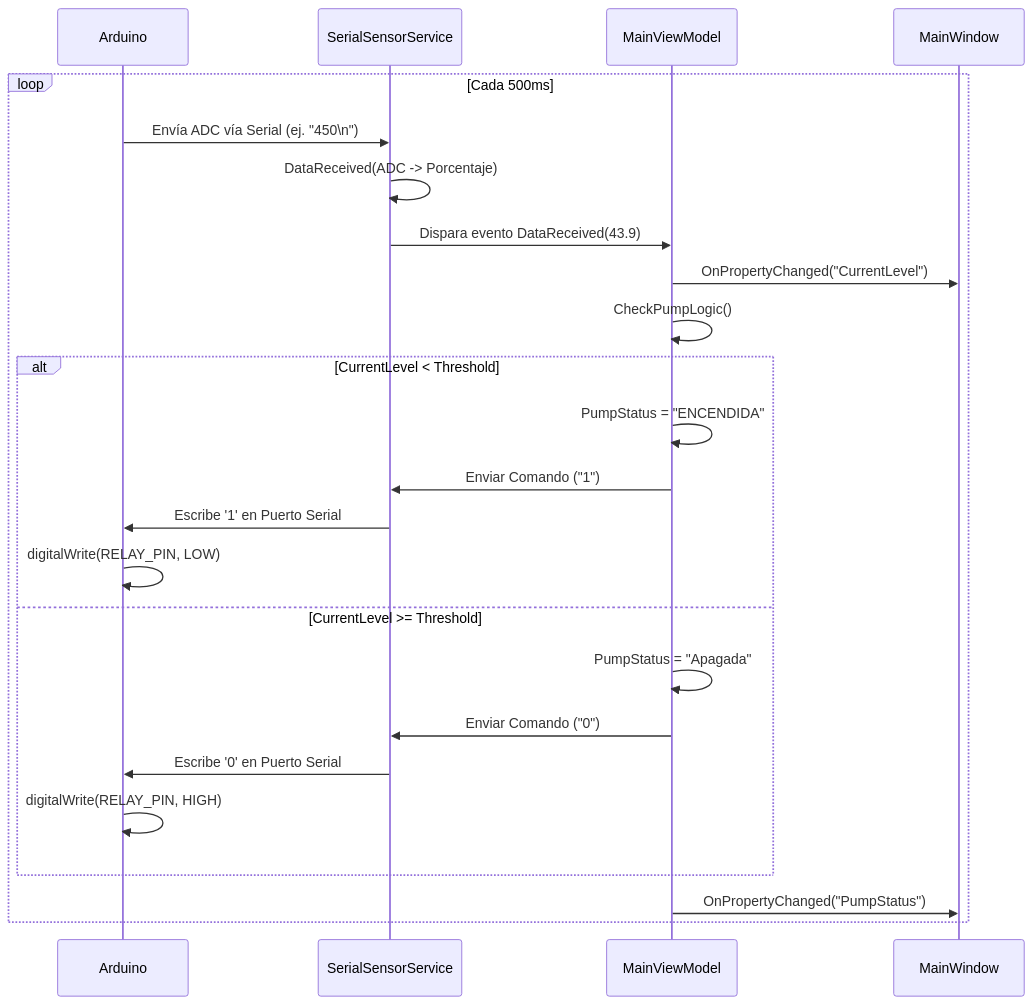
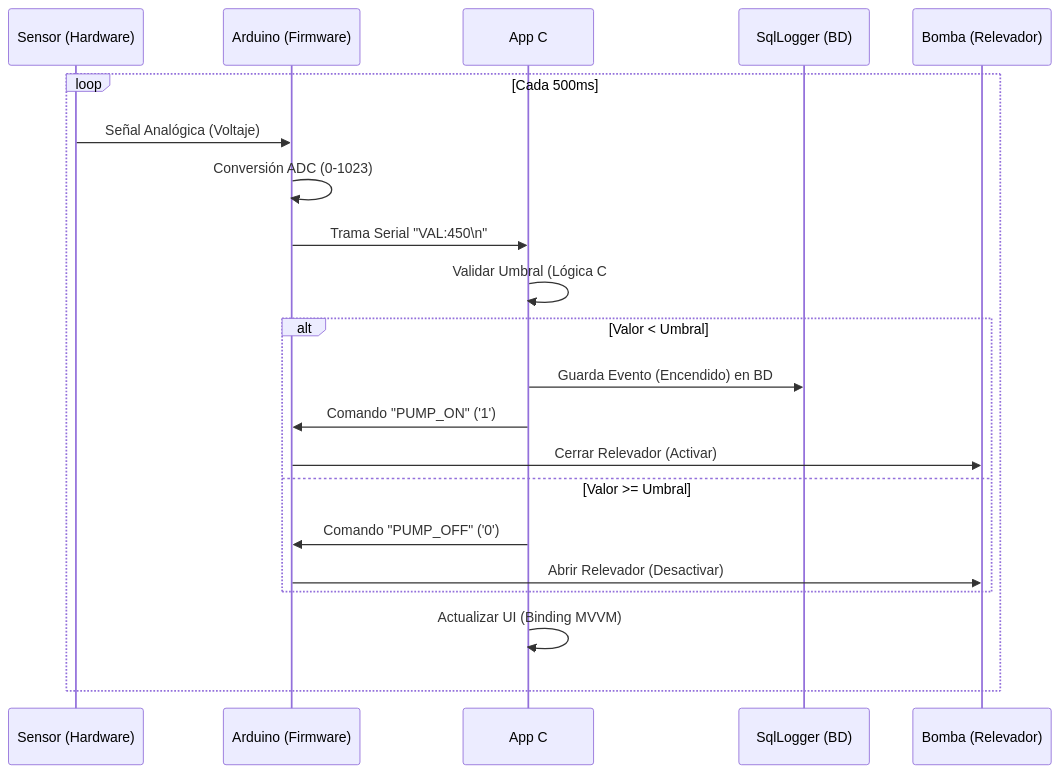
One commit to RobertoLorenzoAguilar/pump-level-control-wpf changed the second of 3 diagrams in README.md. Above: the diagram before and after it, drawn with Mermaid. The commit also changed other lines of this file and 7 other files, not shown here.

Commit message:
feat: implement MVVM architecture with SQL logging and serial sensor integration for pump control

````diff
--- a/README.md
+++ b/README.md
@@ -35,28 +48,24 @@
 ```mermaid
 sequenceDiagram
-    participant Arduino
-    participant SerialService as SerialSensorService
-    participant ViewModel as MainViewModel
-    participant View as MainWindow
+    participant S as Sensor (Hardware)
+    participant A as Arduino (Firmware)
+    participant C as App C# (WPF/MVVM)
+    participant L as SqlLogger (BD)
+    participant B as Bomba (Relevador)
 
     loop Cada 500ms
-        Arduino->>SerialService: Envía ADC vía Serial (ej. "450\n")
-        SerialService->>SerialService: DataReceived(ADC -> Porcentaje)
-        SerialService->>ViewModel: Dispara evento DataReceived(43.9)
-        ViewModel->>View: OnPropertyChanged("CurrentLevel")
-        ViewModel->>ViewModel: CheckPumpLogic()
-        
-        alt CurrentLevel < Threshold
-            ViewModel->>ViewModel: PumpStatus = "ENCENDIDA"
-            ViewModel->>SerialService: Enviar Comando ("1")
-            SerialService->>Arduino: Escribe '1' en Puerto Serial
-            Arduino->>Arduino: digitalWrite(RELAY_PIN, LOW)
-        else CurrentLevel >= Threshold
-            ViewModel->>ViewModel: PumpStatus = "Apagada"
-            ViewModel->>SerialService: Enviar Comando ("0")
-            SerialService->>Arduino: Escribe '0' en Puerto Serial
-            Arduino->>Arduino: digitalWrite(RELAY_PIN, HIGH)
+        S->>A: Señal Analógica (Voltaje)
+        A->>A: Conversión ADC (0-1023)
+        A->>C: Trama Serial "VAL:450\n"
+        C->>C: Validar Umbral (Lógica C#)
+        alt Valor < Umbral
+            C->>L: Guarda Evento (Encendido) en BD
+            C->>A: Comando "PUMP_ON" ('1')
+            A->>B: Cerrar Relevador (Activar)
+        else Valor >= Umbral
+            C->>A: Comando "PUMP_OFF" ('0')
+            A->>B: Abrir Relevador (Desactivar)
         end
-        ViewModel->>View: OnPropertyChanged("PumpStatus")
+        C->>C: Actualizar UI (Binding MVVM)
     end
 ```
````
